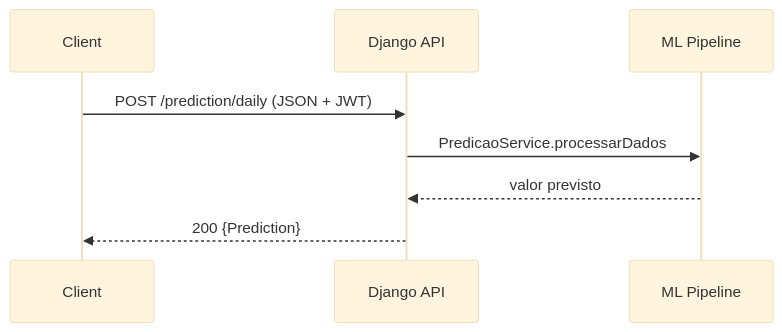
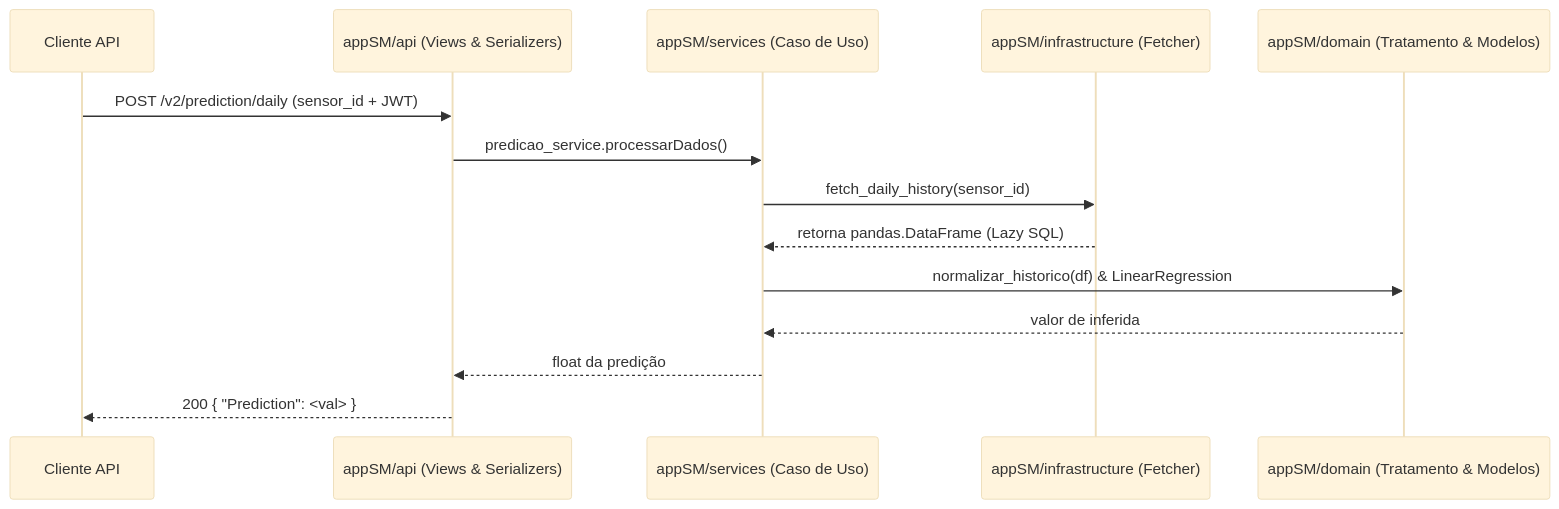
The diagram in docs/context/RFC.md (douglasnobree/SmartMonitorAPI), drawn with Mermaid (base theme) before and after one commit. The commit also changed other lines of this file and 7 other files, not shown here.

First line of the commit message:
Document V2 clean architecture updates

````diff
--- a/docs/context/RFC.md
+++ b/docs/context/RFC.md
@@ -64,10 +51,16 @@
 ```mermaid
 sequenceDiagram
-    participant C as Client
-    participant API as Django API
-    participant ML as ML Pipeline
-    C->>API: POST /prediction/daily (JSON + JWT)
-    API->>ML: PredicaoService.processarDados
-    ML-->>API: valor previsto
-    API-->>C: 200 {Prediction}
+    participant C as Cliente API
+    participant API as appSM/api (Views & Serializers)
+    participant S as appSM/services (Caso de Uso)
+    participant I as appSM/infrastructure (Fetcher)
+    participant D as appSM/domain (Tratamento & Modelos)
+    C->>API: POST /v2/prediction/daily (sensor_id + JWT)
+    API->>S: predicao_service.processarDados()
+    S->>I: fetch_daily_history(sensor_id)
+    I-->>S: retorna pandas.DataFrame (Lazy SQL)
+    S->>D: normalizar_historico(df) & LinearRegression
+    D-->>S: valor de inferida
+    S-->>API: float da predição
+    API-->>C: 200 { "Prediction": <val> }
 ```
````
